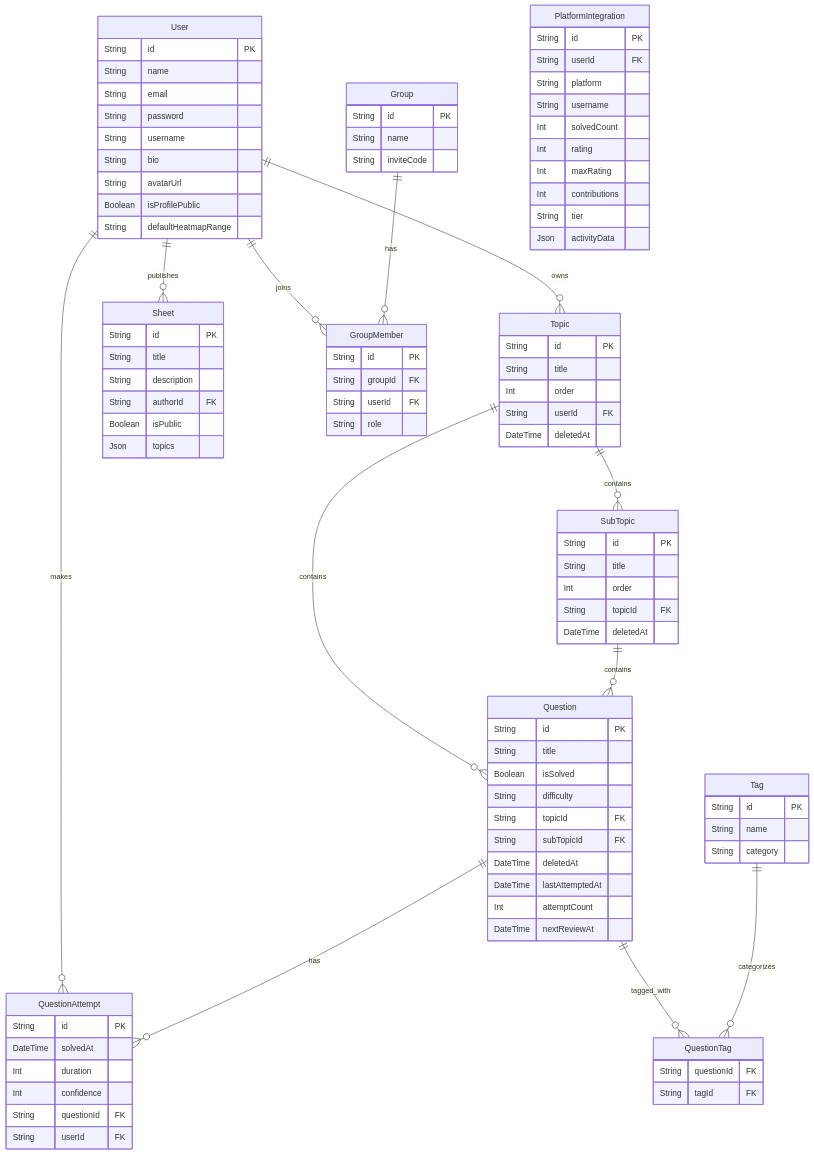
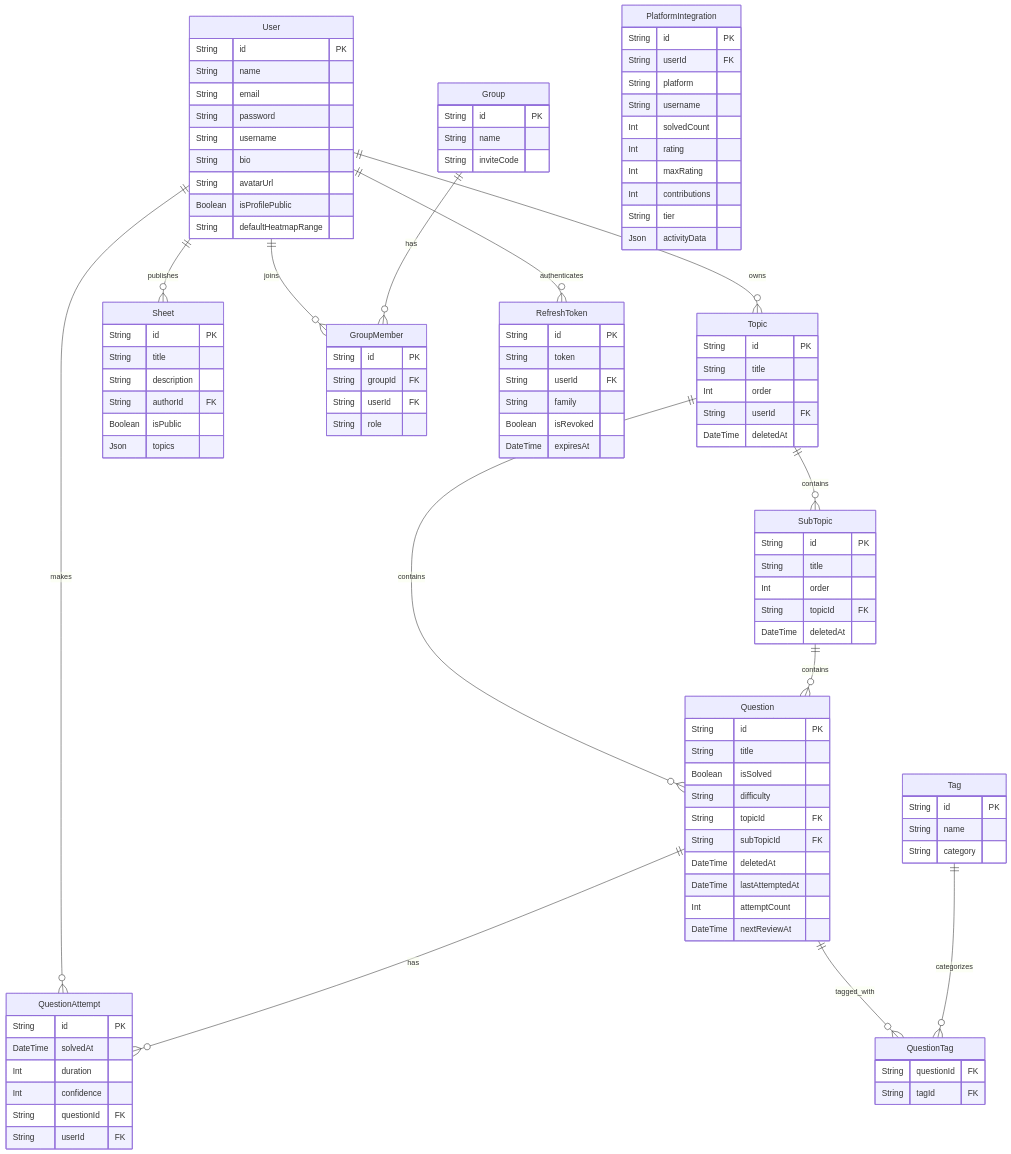
One commit to pulkitjaincs/AlgoForge changed the second of 2 diagrams in ARCHITECTURE.md. Above: the diagram before and after it, drawn with Mermaid. The commit also changed other lines of this file and 29 other files, not shown here.

```diff
--- a/ARCHITECTURE.md
+++ b/ARCHITECTURE.md
@@ -89,6 +93,7 @@
     User ||--o{ Sheet : publishes
     User ||--o{ GroupMember : joins
     Group ||--o{ GroupMember : has
+    User ||--o{ RefreshToken : authenticates
 
     User {
         String id PK
@@ -100,6 +105,14 @@
         String avatarUrl
         Boolean isProfilePublic
         String defaultHeatmapRange
+    }
+    RefreshToken {
+        String id PK
+        String token
+        String userId FK
+        String family
+        Boolean isRevoked
+        DateTime expiresAt
     }
     Sheet {
         String id PK
```
